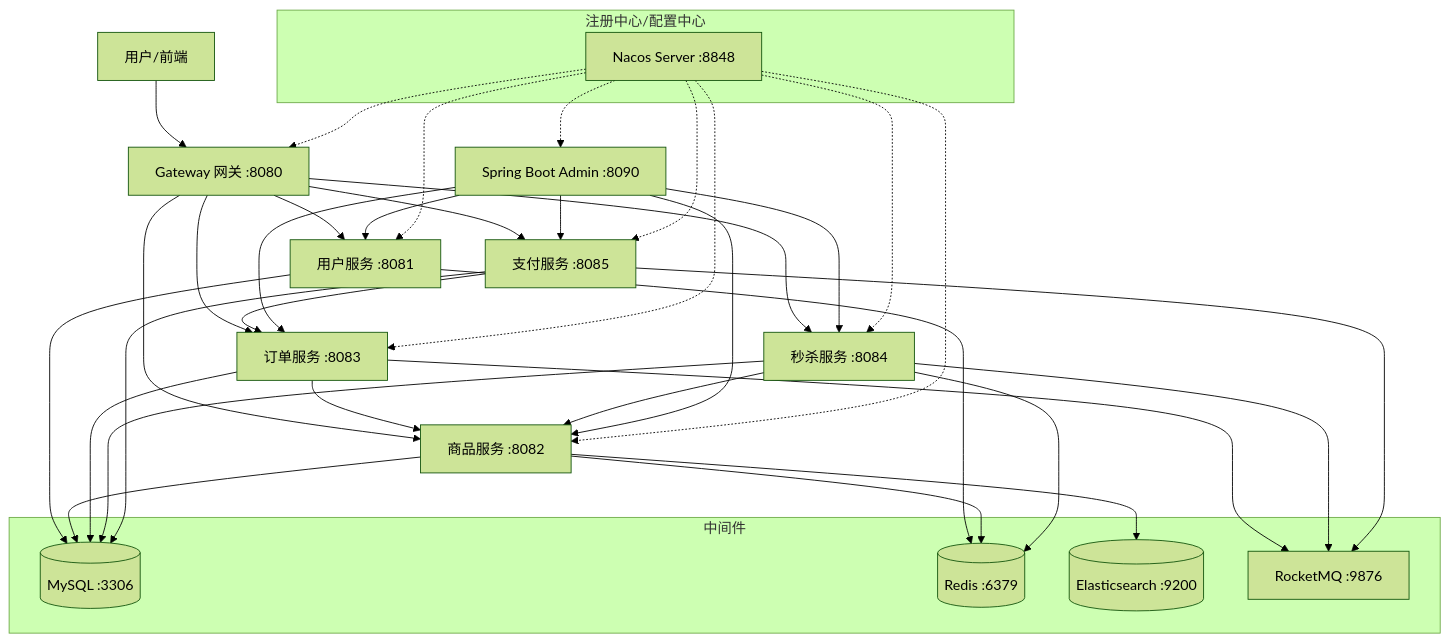
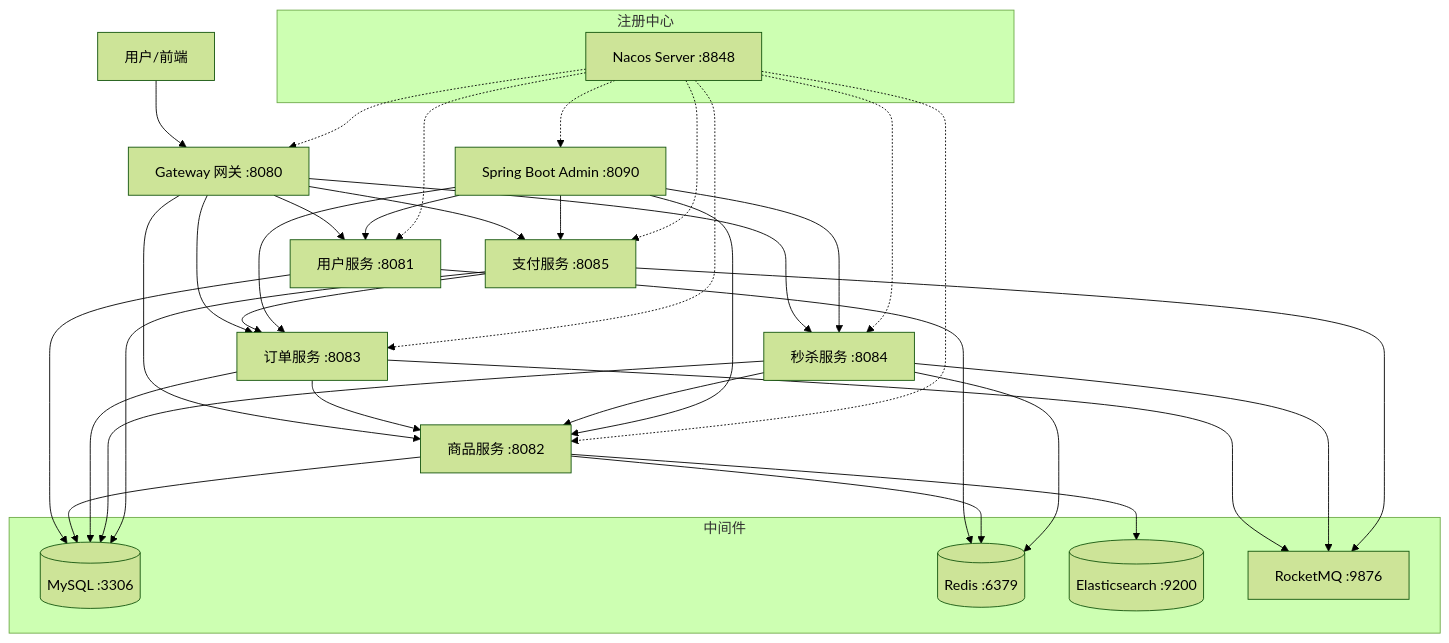
One commit to ZNSCCW/ecommerce-platform changed the diagram in README.md. Above: the diagram before and after it, drawn with Mermaid (forest theme). The commit also changed other lines of this file and 2 other files, not shown here.

````diff
--- a/README.md
+++ b/README.md
@@ -24,55 +24,55 @@
 ```mermaid
 graph TB
     Client[用户/前端] --> Gateway[Gateway 网关 :8080]
     
-    subgraph 注册中心/配置中心
+    subgraph 注册中心
         Nacos[Nacos Server :8848]
     end
     
     subgraph 中间件
         MySQL[(MySQL :3306)]
         Redis[(Redis :6379)]
         ES[(Elasticsearch :9200)]
         RMQ[RocketMQ :9876]
     end
     
     Gateway --> User[用户服务 :8081]
     Gateway --> Product[商品服务 :8082]
     Gateway --> Order[订单服务 :8083]
     Gateway --> Seckill[秒杀服务 :8084]
     Gateway --> Payment[支付服务 :8085]
     
     User --> MySQL
     User --> Redis
     
     Product --> MySQL
     Product --> Redis
     Product --> ES
     
     Order --> MySQL
     Order --> RMQ
     Order --> Product
     
     Seckill --> MySQL
     Seckill --> Redis
     Seckill --> RMQ
     Seckill --> Product
     
     Payment --> MySQL
     Payment --> RMQ
     Payment --> Order
     
     Admin[Spring Boot Admin :8090] --> User
     Admin --> Product
     Admin --> Order
     Admin --> Seckill
     Admin --> Payment
     
     Nacos -.-> User
     Nacos -.-> Product
     Nacos -.-> Order
     Nacos -.-> Seckill
     Nacos -.-> Payment
     Nacos -.-> Gateway
     Nacos -.-> Admin
 ```
````
